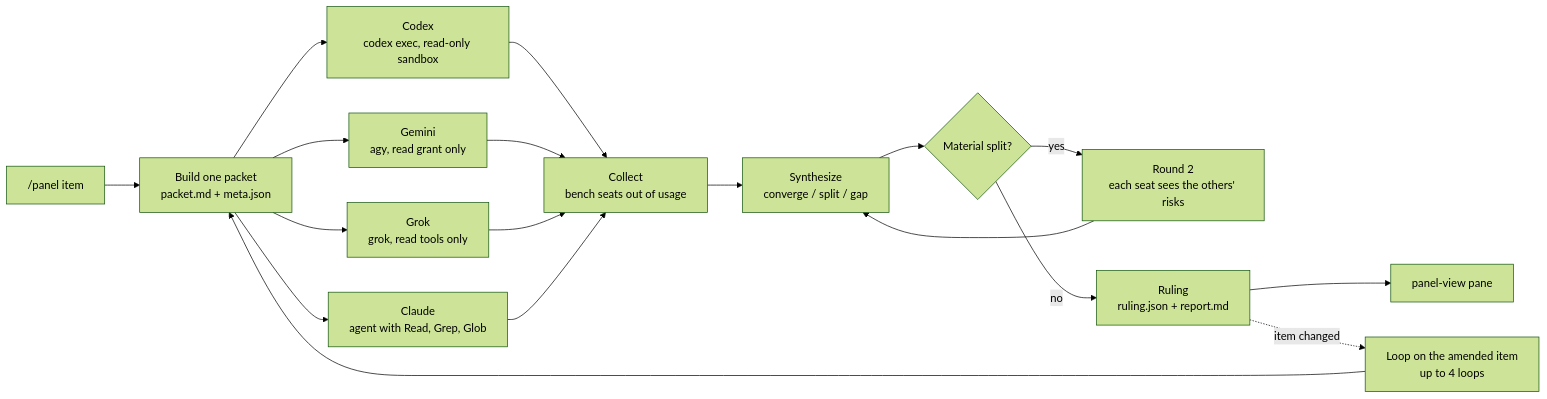
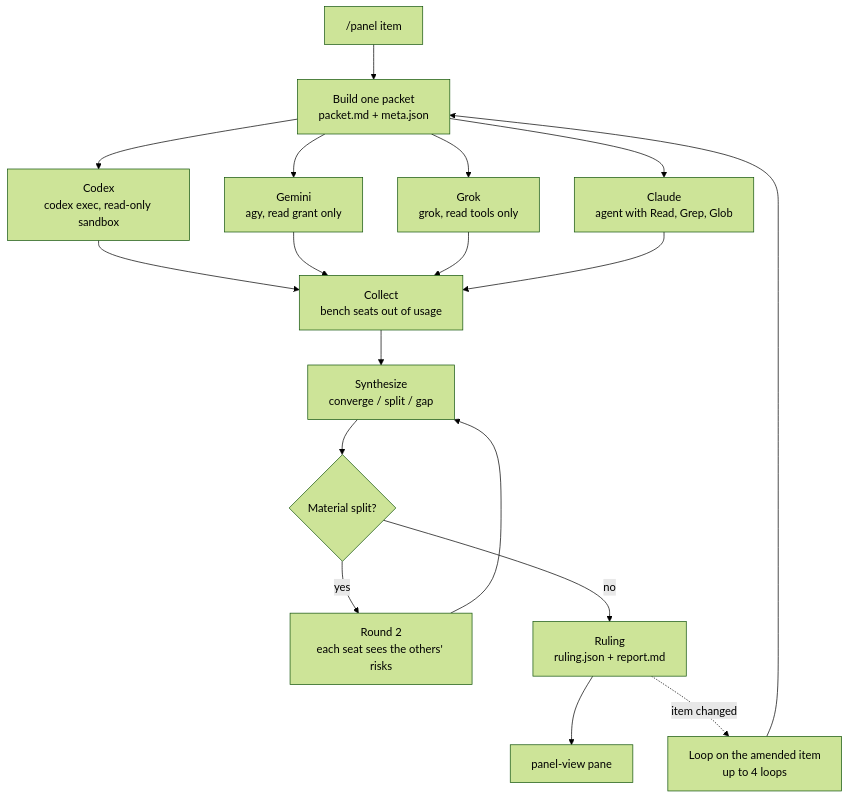
One commit to Qslick/multi-model-panel changed the diagram in README.md. Above: the diagram before and after it, drawn with Mermaid (forest theme).

Commit message:
README: draw the run flow top-down so it stays legible at narrow widths

````diff
--- a/README.md
+++ b/README.md
@@ -11,17 +11,17 @@
 ```mermaid
-flowchart LR
+flowchart TD
     A["/panel item"] --> B["Build one packet<br/>packet.md + meta.json"]
     B --> C1["Codex<br/>codex exec, read-only sandbox"]
     B --> C2["Gemini<br/>agy, read grant only"]
     B --> C3["Grok<br/>grok, read tools only"]
     B --> C4["Claude<br/>agent with Read, Grep, Glob"]
     C1 & C2 & C3 & C4 --> D["Collect<br/>bench seats out of usage"]
     D --> E["Synthesize<br/>converge / split / gap"]
     E --> F{"Material split?"}
     F -- yes --> G["Round 2<br/>each seat sees the others' risks"]
     G --> E
     F -- no --> H["Ruling<br/>ruling.json + report.md"]
     H --> I["panel-view pane"]
     H -. "item changed" .-> J["Loop on the amended item<br/>up to 4 loops"]
     J --> B
 ```
````
